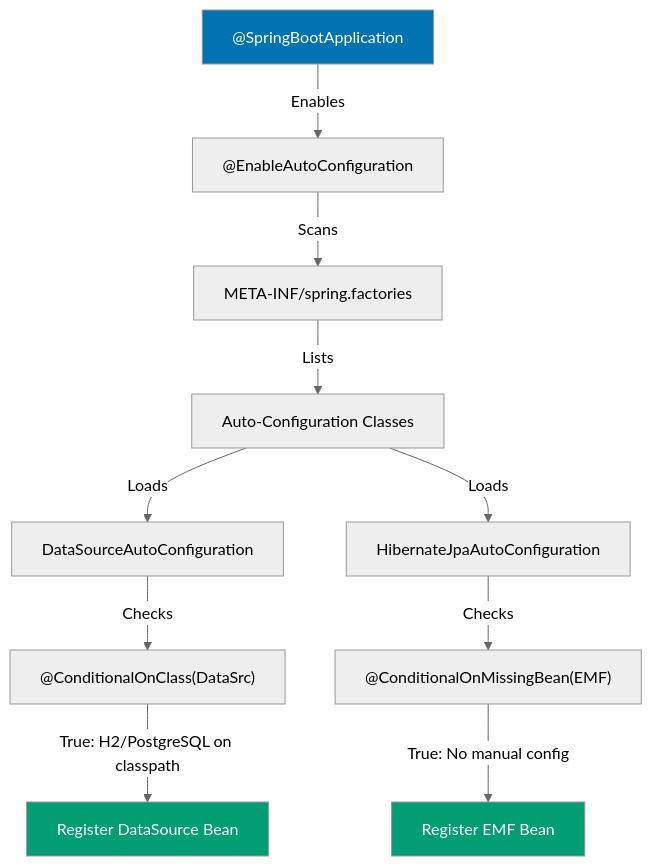
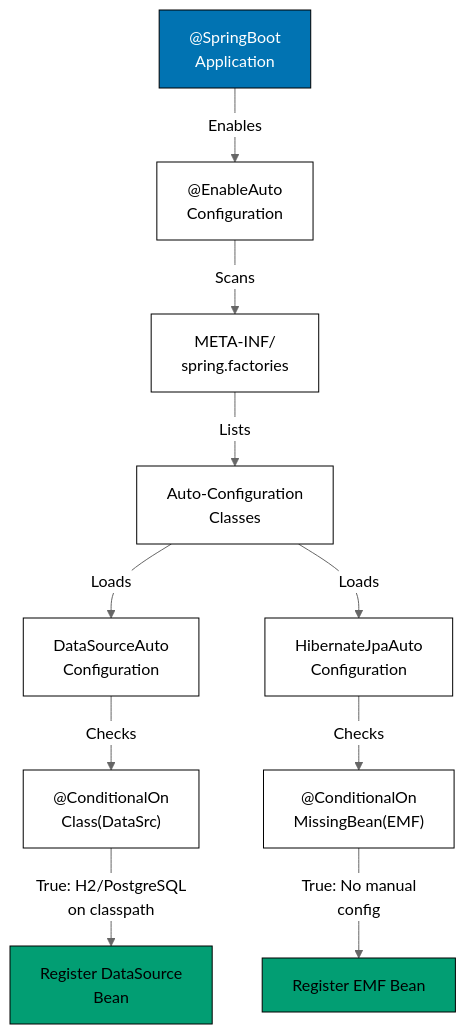
Before and after one commit to wahidyankf/ose-public: the diagram in apps/ayokoding-www/content/en/learn/legacy/software-engineering/platforms/web/tools/jvm-spring-boot/in-the-field/auto-configuration.md, drawn with Mermaid (neutral theme). The commit also changed 130 other files, not shown here.

First line of the commit message:
fix(mermaid): bring the legacy platforms diagrams onto the accessible palette

````diff
--- a/apps/ayokoding-www/content/en/learn/legacy/software-engineering/platforms/web/tools/jvm-spring-boot/in-the-field/auto-configuration.md
+++ b/apps/ayokoding-www/content/en/learn/legacy/software-engineering/platforms/web/tools/jvm-spring-boot/in-the-field/auto-configuration.md
@@ -174,16 +174,21 @@
 ```mermaid
 graph TD
-    A["@SpringBootApplication"] -->|"Enables"| B["@EnableAutoConfiguration"]
-    B -->|"Scans"| C["META-INF/spring.factories"]
-    C -->|"Lists"| D["Auto-Configuration Classes"]
-    D -->|"Loads"| E["DataSourceAutoConfiguration"]
-    D -->|"Loads"| F["HibernateJpaAutoConfiguration"]
-    E -->|"Checks"| G["@ConditionalOnClass(DataSrc)"]
-    G -->|"True: H2/PostgreSQL on classpath"| H["Register DataSource Bean"]
-    F -->|"Checks"| I["@ConditionalOnMissingBean(EMF)"]
-    I -->|"True: No manual config"| J["Register EMF Bean"]
+    accTitle: => Repository uses Spring Data JPA: no manual EntityManager
+    accDescr: Graph with 10 nodes and 9 connections. Nodes: @SpringBoot Application, @EnableAuto Configuration, META-INF/ spring.factories, Auto-Configuration Classes, DataSourceAuto Configuration, HibernateJpaAuto Configuration, @ConditionalOn Class(DataSrc), Register DataSource Bean, @ConditionalOn MissingBean(EMF), Register EMF Bean. Connections: @SpringBoot Application to @EnableAuto Configuration (Enables), @EnableAuto Configuration to META-INF/ spring.factories (Scans), META-INF/ spring.factories to Auto-Configuration Classes (Lists), Auto-Configuration Classes to DataSourceAuto Configuration (Loads), Auto-Configuration Classes to HibernateJpaAuto Configuration (Loads), DataSourceAuto Configuration to @ConditionalOn Class(DataSrc) (Checks), @ConditionalOn Class(DataSrc) to Register DataSource Bean (True: H2/PostgreSQL on classpath), HibernateJpaAuto Configuration to @ConditionalOn MissingBean(EMF) (Checks), @ConditionalOn MissingBean(EMF) to Register EMF Bean (True: No manual config).
+    A["@SpringBoot<br/>Application"] -->|"Enables"| B["@EnableAuto<br/>Configuration"]
+    B -->|"Scans"| C["META-INF/<br/>spring.factories"]
+    C -->|"Lists"| D["Auto-Configuration<br/>Classes"]
+    D -->|"Loads"| E["DataSourceAuto<br/>Configuration"]
+    D -->|"Loads"| F["HibernateJpaAuto<br/>Configuration"]
+    E -->|"Checks"| G["@ConditionalOn<br/>Class(DataSrc)"]
+    G -->|"True: H2/PostgreSQL<br/>on classpath"| H["Register DataSource<br/>Bean"]
+    F -->|"Checks"| I["@ConditionalOn<br/>MissingBean(EMF)"]
+    I -->|"True: No manual<br/>config"| J["Register EMF Bean"]
 
-    style A fill:#0173B2,color:#fff
-    style H fill:#029E73,color:#fff
-    style J fill:#029E73,color:#fff
+    classDef pal-0173B2 fill:#0173B2,stroke:#000000,color:#FFFFFF
+    class A pal-0173B2
+    classDef pal-029E73 fill:#029E73,stroke:#000000,color:#000000
+    class H pal-029E73
+    class J pal-029E73
+    classDef default fill:#FFFFFF,stroke:#000000,color:#000000
 ```
````
